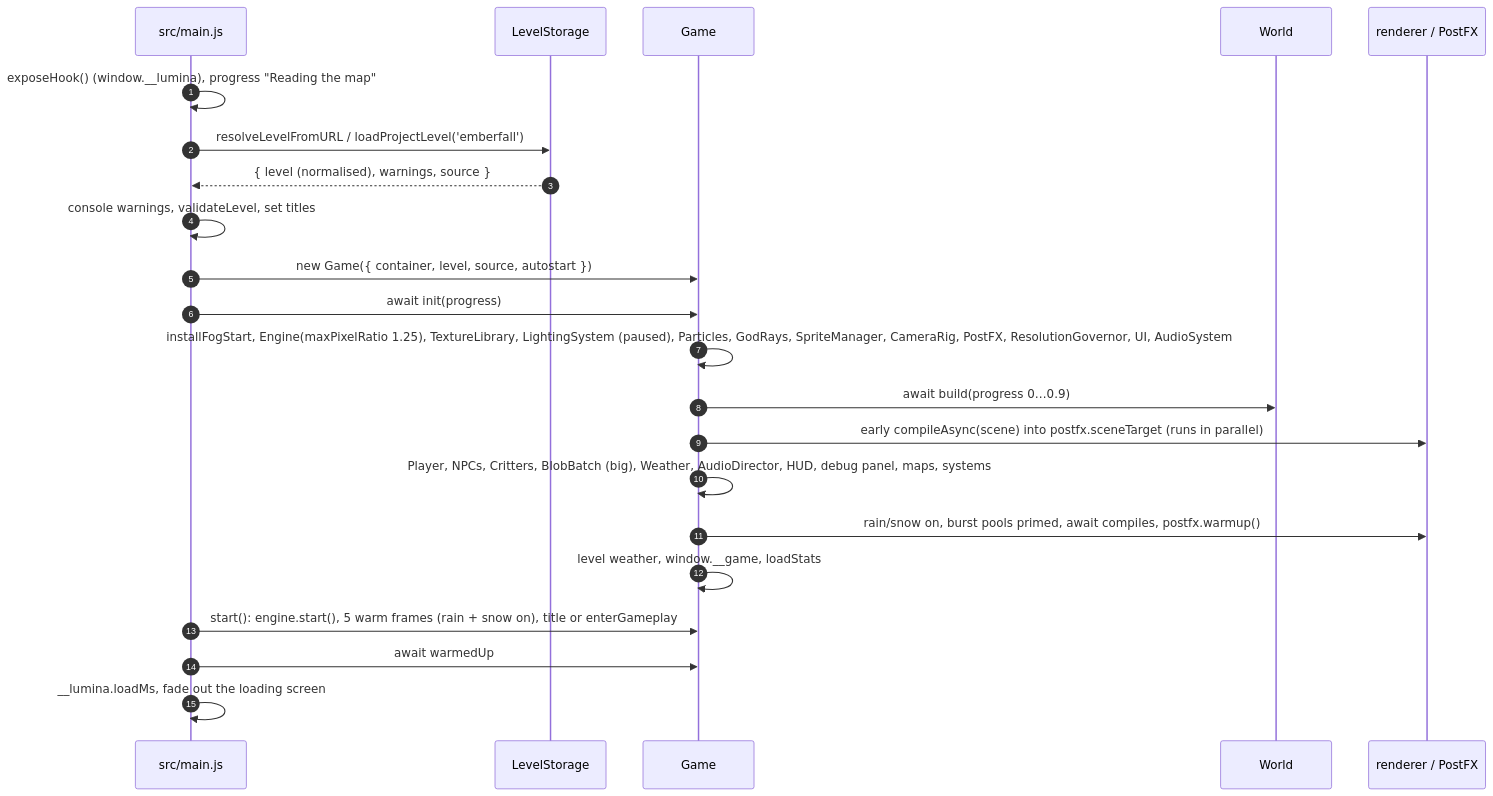
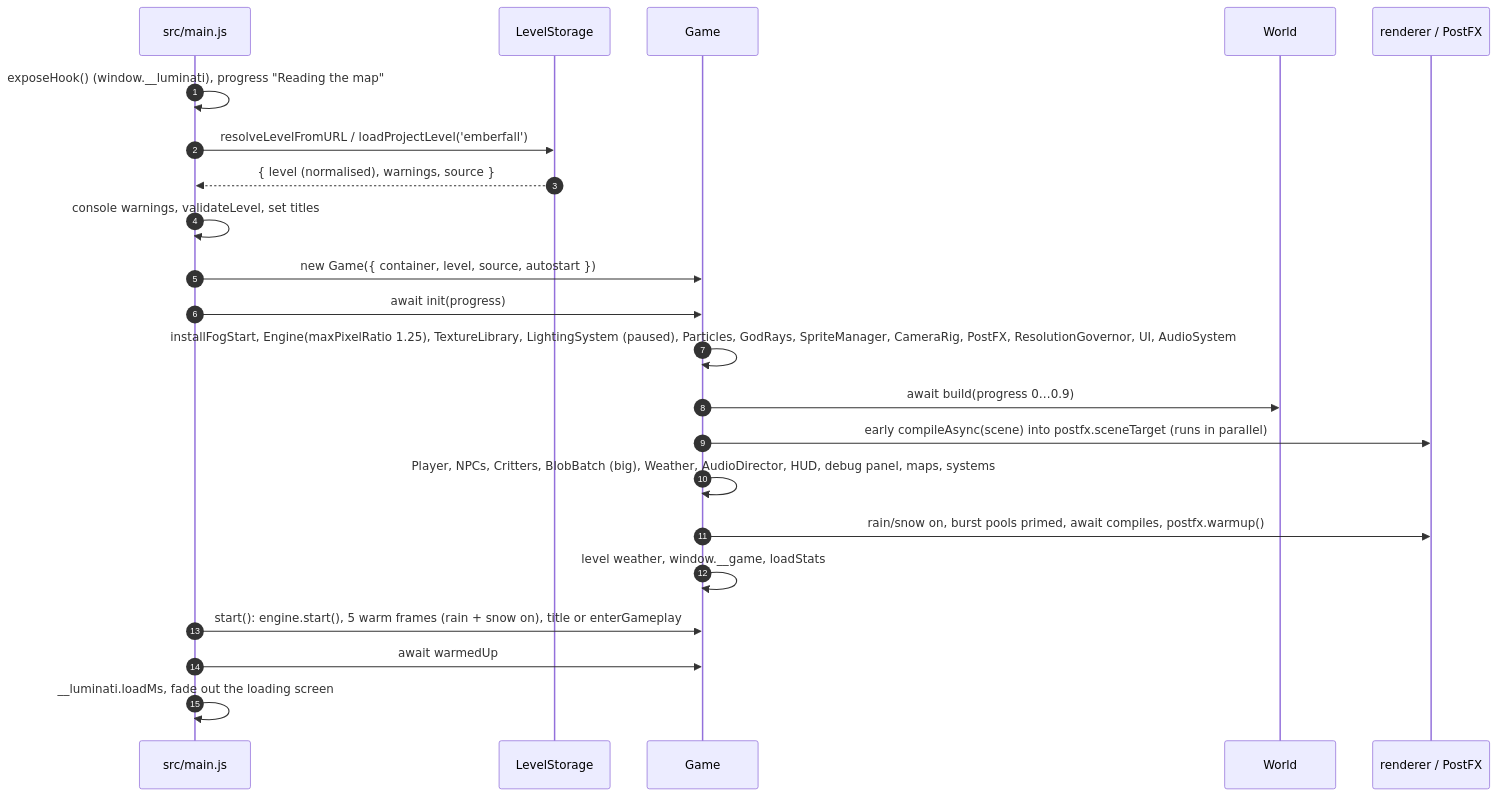
Before and after one commit to Leemonztuff/SoulDolls-Lumina: the seventh of 7 diagrams in docs/architecture/OVERVIEW.md, drawn with Mermaid. The commit also changed other lines of this file and 586 other files, not shown here.

````diff
--- a/docs/architecture/OVERVIEW.md
+++ b/docs/architecture/OVERVIEW.md
@@ -504,24 +519,24 @@
 ```mermaid
 sequenceDiagram
   autonumber
   participant M as src/main.js
   participant S as LevelStorage
   participant G as Game
   participant W as World
   participant R as renderer / PostFX
-  M->>M: exposeHook() (window.__lumina), progress "Reading the map"
+  M->>M: exposeHook() (window.__luminati), progress "Reading the map"
   M->>S: resolveLevelFromURL / loadProjectLevel('emberfall')
   S-->>M: { level (normalised), warnings, source }
   M->>M: console warnings, validateLevel, set titles
   M->>G: new Game({ container, level, source, autostart })
   M->>G: await init(progress)
   G->>G: installFogStart, Engine(maxPixelRatio 1.25), TextureLibrary, LightingSystem (paused), Particles, GodRays, SpriteManager, CameraRig, PostFX, ResolutionGovernor, UI, AudioSystem
   G->>W: await build(progress 0…0.9)
   G->>R: early compileAsync(scene) into postfx.sceneTarget (runs in parallel)
   G->>G: Player, NPCs, Critters, BlobBatch (big), Weather, AudioDirector, HUD, debug panel, maps, systems
   G->>R: rain/snow on, burst pools primed, await compiles, postfx.warmup()
   G->>G: level weather, window.__game, loadStats
   M->>G: start(): engine.start(), 5 warm frames (rain + snow on), title or enterGameplay
   M->>G: await warmedUp
-  M->>M: __lumina.loadMs, fade out the loading screen
+  M->>M: __luminati.loadMs, fade out the loading screen
 ```
````
